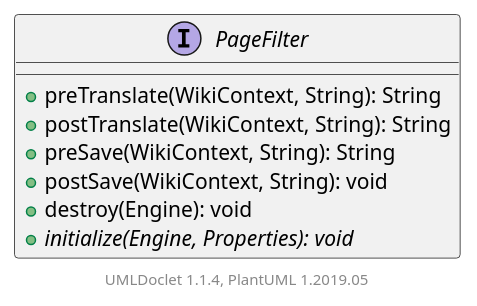
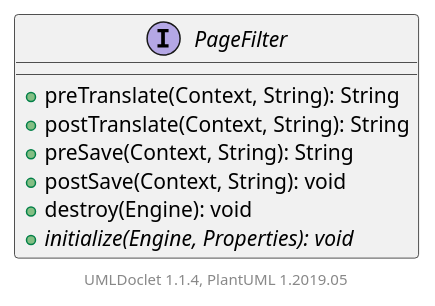
The diagram in apidocs/2.11.0.M7-SNAPSHOT/org/apache/wiki/api/filters/PageFilter.puml (apache/jspwiki-site), drawn with PlantUML before and after one commit. The commit also changed 2126 other files, not shown here.

```diff
--- a/apidocs/2.11.0.M7-SNAPSHOT/org/apache/wiki/api/filters/PageFilter.puml
+++ b/apidocs/2.11.0.M7-SNAPSHOT/org/apache/wiki/api/filters/PageFilter.puml
@@ -1,14 +1,14 @@
 @startuml
 
     interface PageFilter [[PageFilter.html]] {
-        +preTranslate(WikiContext, String): String
-        +postTranslate(WikiContext, String): String
-        +preSave(WikiContext, String): String
-        +postSave(WikiContext, String): void
+        +preTranslate(Context, String): String
+        +postTranslate(Context, String): String
+        +preSave(Context, String): String
+        +postSave(Context, String): void
         +destroy(Engine): void
         {abstract} +initialize(Engine, Properties): void
     }
 
 
     center footer UMLDoclet 1.1.4, PlantUML 1.2019.05
 @enduml
```
